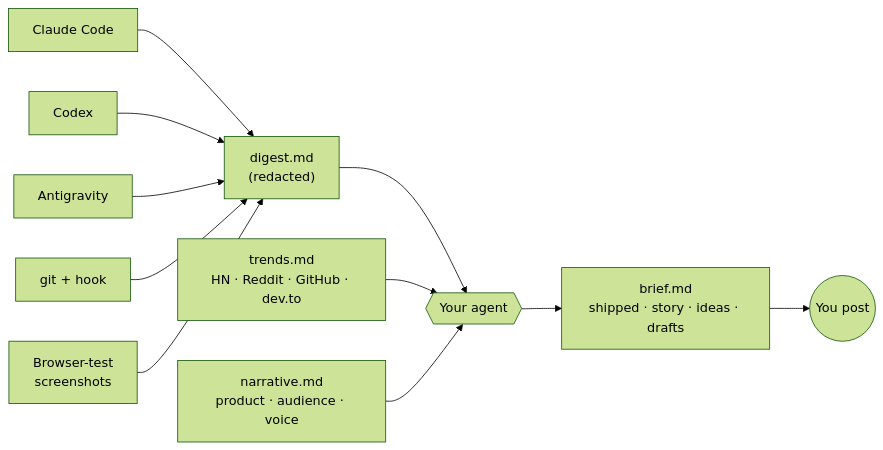
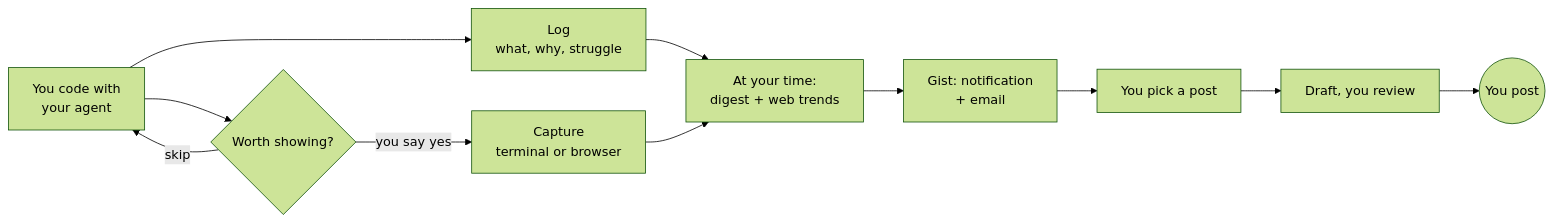
The diagram in README.md (chetanya1998/build-in-public), drawn with Mermaid (forest theme) before and after one commit. The commit also changed other lines of this file and 27 other files, not shown here.

````diff
--- a/README.md
+++ b/README.md
@@ -102,13 +32,13 @@
 ```mermaid
 flowchart LR
-    CC[Claude Code] --> D
-    CX[Codex] --> D
-    AG[Antigravity] --> D
-    G[git + hook] --> D
-    S[Browser-test<br>screenshots] --> D
-    D["digest.md<br>(redacted)"] --> A{{Your agent}}
-    T["trends.md<br>HN · Reddit · GitHub · dev.to"] --> A
-    N["narrative.md<br>product · audience · voice"] --> A
-    A --> B["brief.md<br>shipped · story · ideas · drafts"]
-    B --> Y((You post))
+    A["You code with<br>your agent"] --> B["Log<br>what, why, struggle"]
+    A --> C{"Worth showing?"}
+    C -->|you say yes| D["Capture<br>terminal or browser"]
+    C -->|skip| A
+    B --> E["At your time:<br>digest + web trends"]
+    D --> E
+    E --> F["Gist: notification<br>+ email"]
+    F --> G["You pick a post"]
+    G --> H["Draft, you review"]
+    H --> I((You post))
 ```
````
